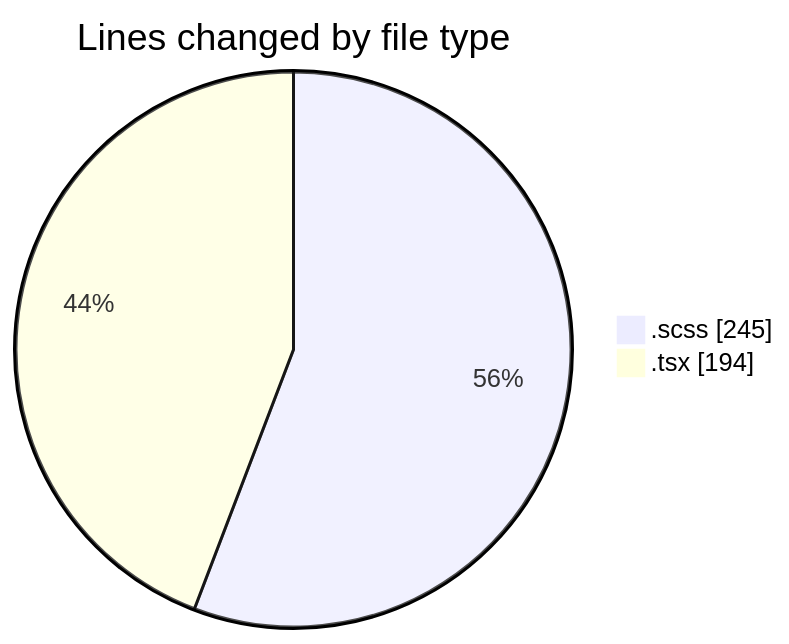
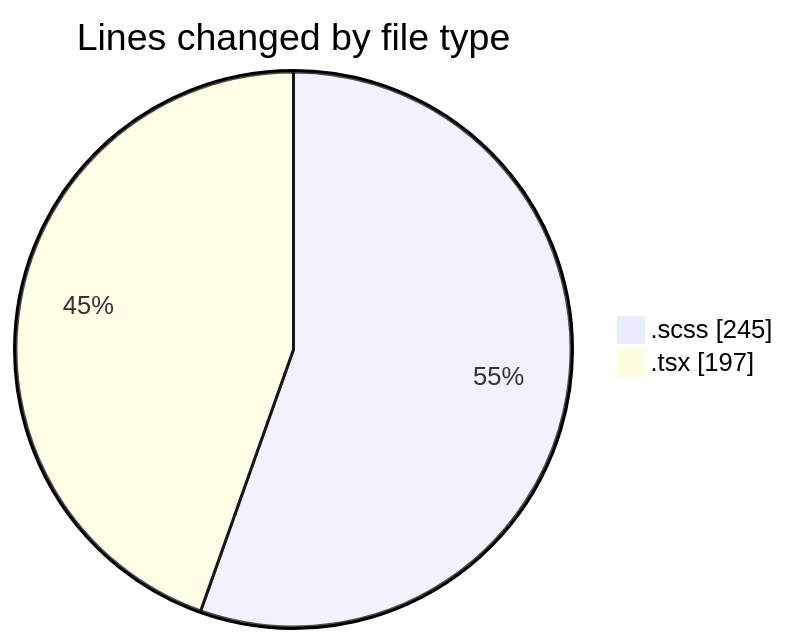
Before and after one commit to momahboobian/code-tracking: the first of 2 diagrams in 2025-08-28/cda/README.md, drawn with Mermaid. The commit also changed other lines of this file and 1 other file, not shown here.

````diff
--- a/2025-08-28/cda/README.md
+++ b/2025-08-28/cda/README.md
@@ -21,6 +21,6 @@
 ```mermaid
 pie showData
 title Lines changed by file type
 ".scss" : 245
-".tsx" : 194
+".tsx" : 197
 ```
````
